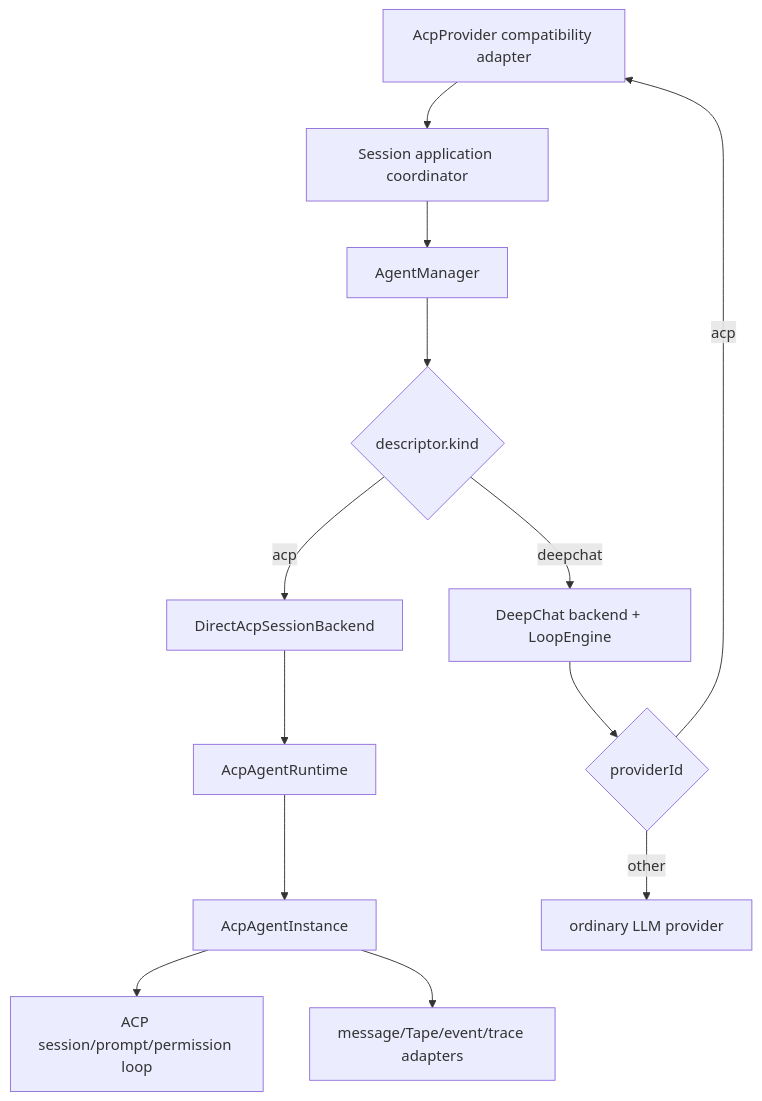
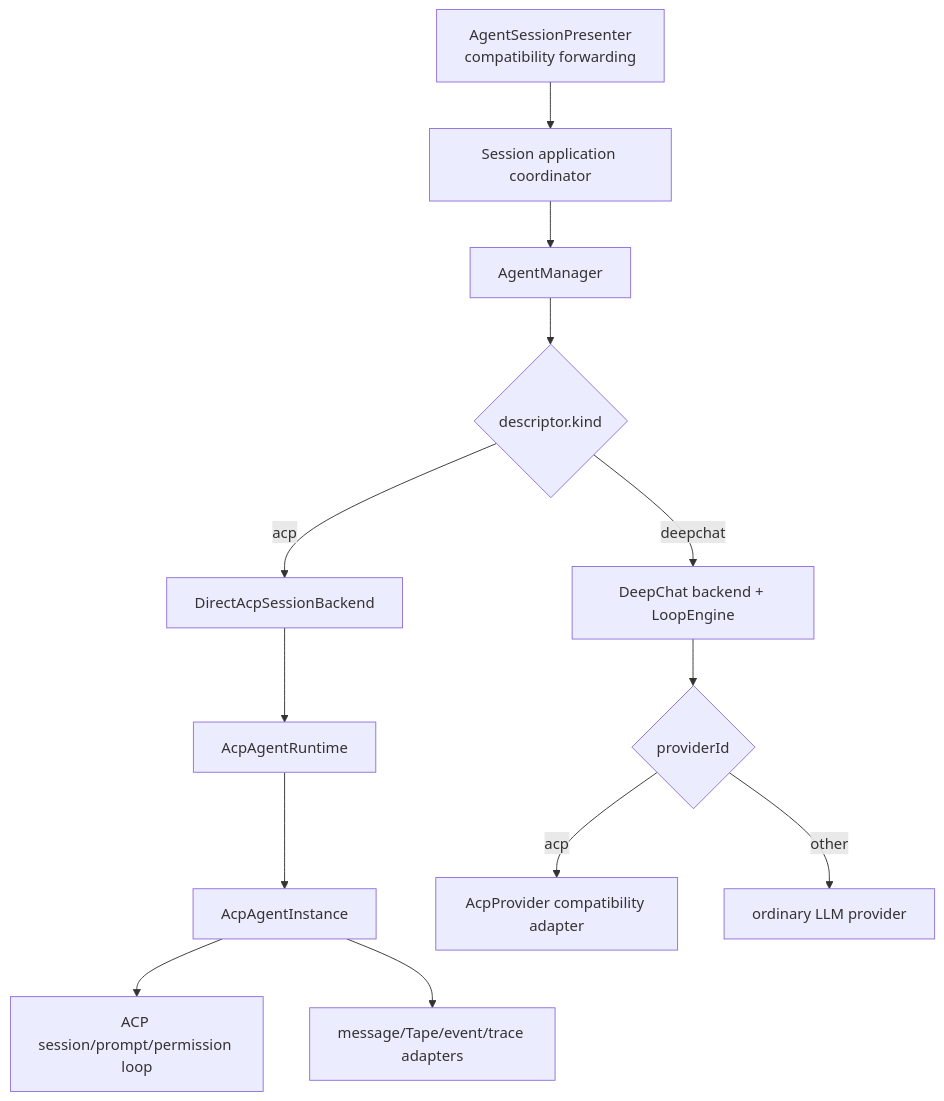
One commit to ThinkInAIXYZ/deepchat changed the fifth of 9 diagrams in docs/FLOWS.md. Above: the diagram before and after it, drawn with Mermaid. The commit also changed 2 other files, not shown here.

Commit message:
fix(session): address review feedback

````diff
--- a/docs/FLOWS.md
+++ b/docs/FLOWS.md
@@ -155,15 +155,15 @@
 ```mermaid
 flowchart TD
-    Compat["AgentSessionPresenter<br/>compatibility forwarding"] --> App["Session application coordinator"]
+    CompatFacade["AgentSessionPresenter<br/>compatibility forwarding"] --> App["Session application coordinator"]
     App --> Manager["AgentManager"]
     Manager --> Kind{"descriptor.kind"}
     Kind -->|acp| Direct["DirectAcpSessionBackend"]
     Direct --> AcpRuntime["AcpAgentRuntime"]
     AcpRuntime --> AcpInstance["AcpAgentInstance"]
     AcpInstance --> Protocol["ACP session/prompt/permission loop"]
     AcpInstance --> Projection["message/Tape/event/trace adapters"]
     Kind -->|deepchat| Deep["DeepChat backend + LoopEngine"]
     Deep --> Provider{"providerId"}
     Provider -->|acp| Compat["AcpProvider compatibility adapter"]
     Provider -->|other| LLM["ordinary LLM provider"]
 ```
````
